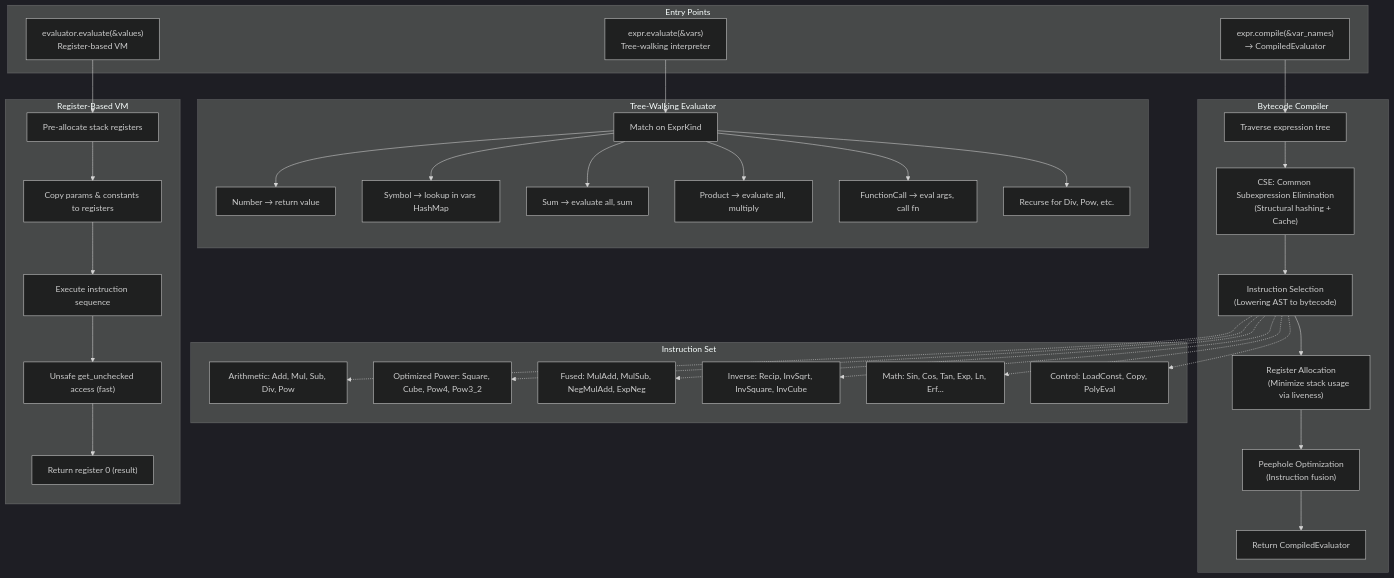
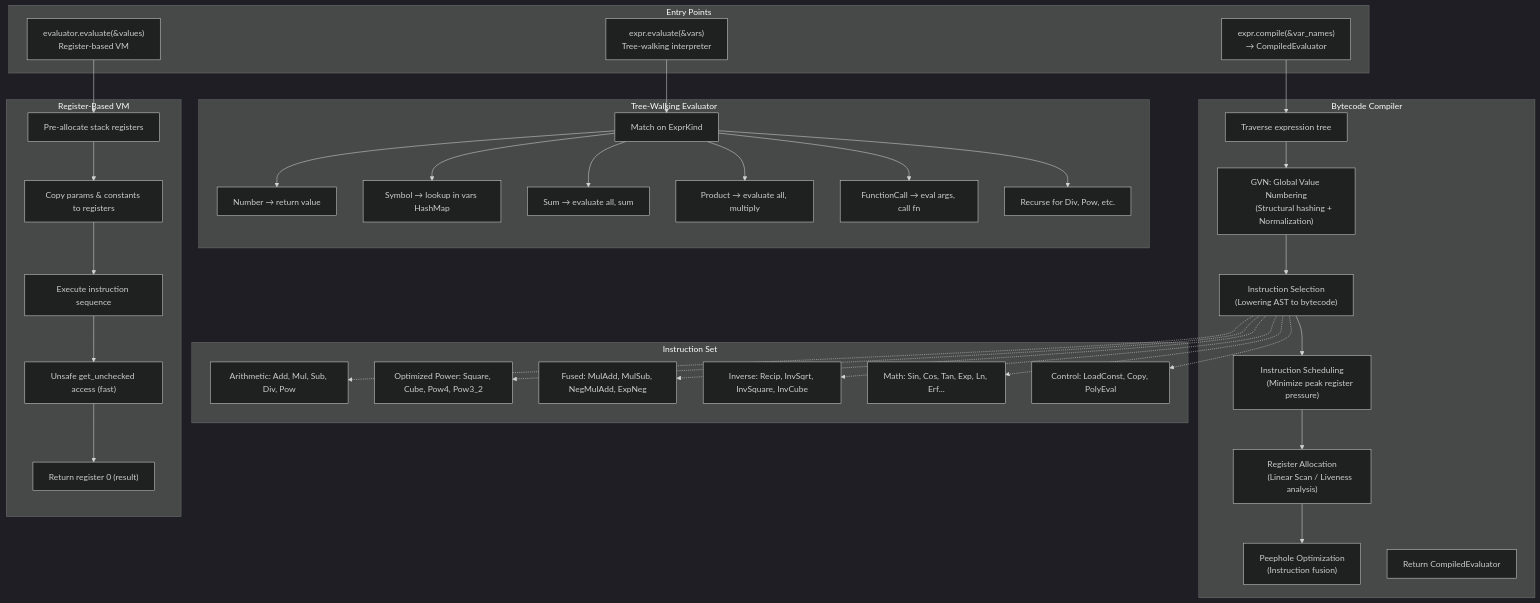
The fifth of 9 diagrams in docs/ARCHITECTURE.md (CokieMiner/SymbAnaFis), drawn with Mermaid (dark theme) before and after one commit. The commit also changed other lines of this file and 72 other files, not shown here.

````diff
--- a/docs/ARCHITECTURE.md
+++ b/docs/ARCHITECTURE.md
@@ -317,60 +317,62 @@
 ```mermaid
 flowchart TB
     subgraph "Entry Points"
         E1["expr.evaluate(&vars)
         Tree-walking interpreter"]
         E2["expr.compile(&var_names)
         → CompiledEvaluator"]
         E3["evaluator.evaluate(&values)
         Register-based VM"]
     end
 
     subgraph "Tree-Walking Evaluator"
         TW1["Match on ExprKind"]
         TW2["Number → return value"]
         TW3["Symbol → lookup in vars HashMap"]
         TW4["Sum → evaluate all, sum"]
         TW5["Product → evaluate all, multiply"]
         TW6["FunctionCall → eval args, call fn"]
         TW7["Recurse for Div, Pow, etc."]
     end
 
     subgraph "Bytecode Compiler"
         C1["Traverse expression tree"]
-        C2["CSE: Common Subexpression Elimination
-        (Structural hashing + Cache)"]
+        C2["GVN: Global Value Numbering
+        (Structural hashing + Normalization)"]
         C3["Instruction Selection
         (Lowering AST to bytecode)"]
-        C4["Register Allocation
-        (Minimize stack usage via liveness)"]
-        C5["Peephole Optimization
+        C4["Instruction Scheduling
+        (Minimize peak register pressure)"]
+        C5["Register Allocation
+        (Linear Scan / Liveness analysis)"]
+        C6["Peephole Optimization
         (Instruction fusion)"]
-        C6["Return CompiledEvaluator"]
+        C7["Return CompiledEvaluator"]
     end
 
     subgraph "Instruction Set"
         I1["Arithmetic: Add, Mul, Sub, Div, Pow"]
         I2["Optimized Power: Square, Cube, Pow4, Pow3_2"]
         I3["Fused: MulAdd, MulSub, NegMulAdd, ExpNeg"]
         I4["Inverse: Recip, InvSqrt, InvSquare, InvCube"]
         I5["Math: Sin, Cos, Tan, Exp, Ln, Erf..."]
         I6["Control: LoadConst, Copy, PolyEval"]
     end
 
     subgraph "Register-Based VM"
         VM1["Pre-allocate stack registers"]
         VM2["Copy params & constants to registers"]
         VM3["Execute instruction sequence"]
         VM4["Unsafe get_unchecked access (fast)"]
         VM5["Return register 0 (result)"]
     end
 
     E1 --> TW1
     TW1 --> TW2 & TW3 & TW4 & TW5 & TW6 & TW7
 
     E2 --> C1 --> C2 --> C3 --> C4 --> C5 --> C6
 
     C3 -.-> I1 & I2 & I3 & I4 & I5 & I6
 
     E3 --> VM1 --> VM2 --> VM3 --> VM4 --> VM5
 ```
````
